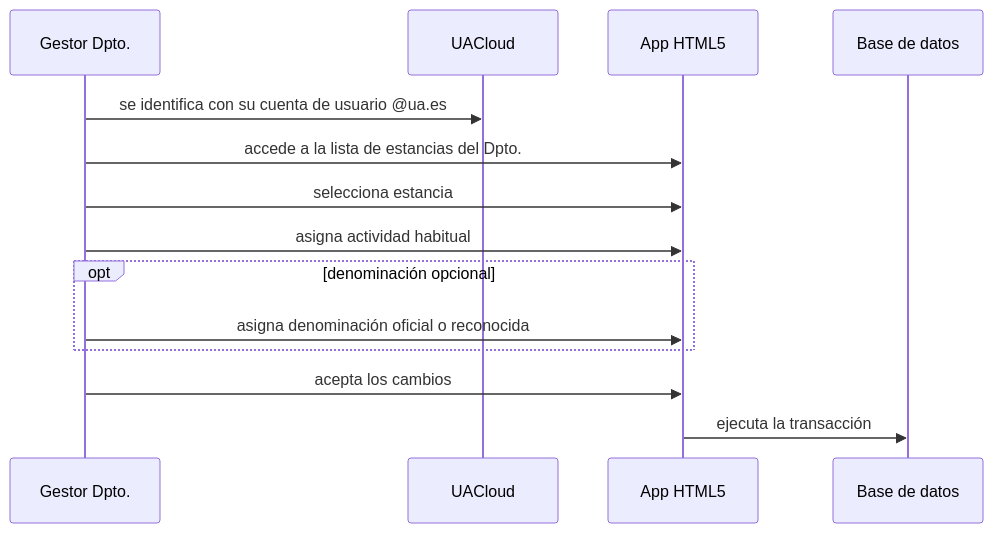
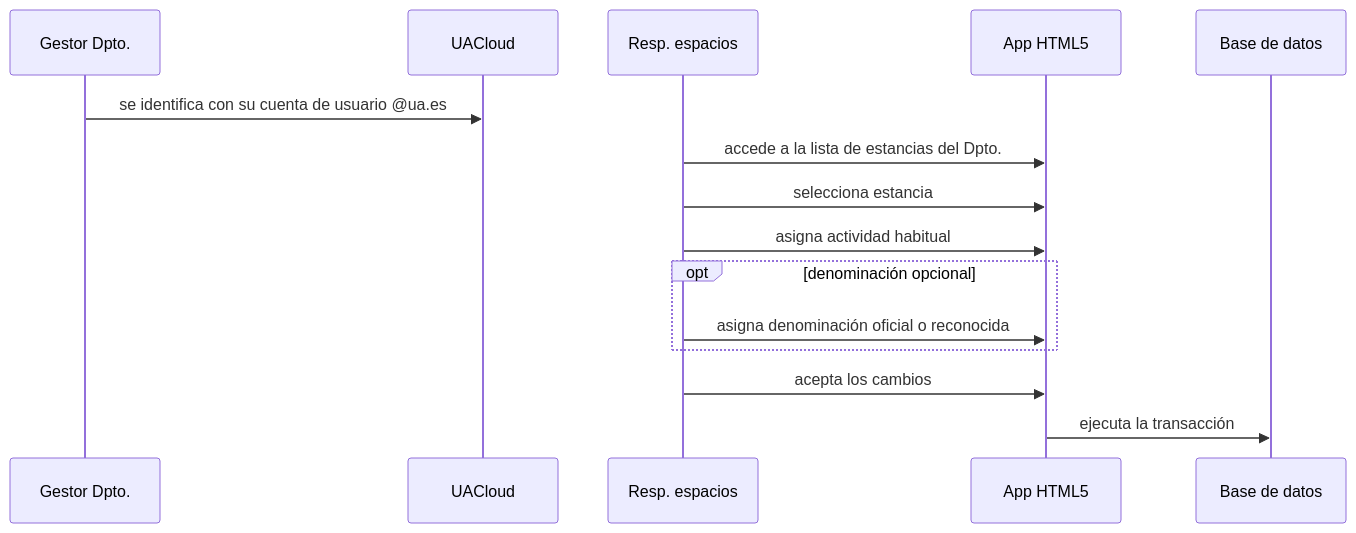
One commit to labgeo/ua-mods changed the diagram in ds03.md. Above: the diagram before and after it, drawn with Mermaid.

```diff
--- a/ds03.md
+++ b/ds03.md
@@ -5,12 +5,12 @@
 {% mermaid %}
 sequenceDiagram;
   Gestor Dpto.->>UACloud: se identifica con su cuenta de usuario @ua.es;
-  Gestor Dpto.->>App HTML5: accede a la lista de estancias del Dpto.;
-  Gestor Dpto.->>App HTML5: selecciona estancia;
-  Gestor Dpto.->>App HTML5: asigna actividad habitual;
+  Resp. espacios->>App HTML5: accede a la lista de estancias del Dpto.;
+  Resp. espacios->>App HTML5: selecciona estancia;
+  Resp. espacios->>App HTML5: asigna actividad habitual;
   opt denominación opcional
-    Gestor Dpto.->>App HTML5: asigna denominación oficial o reconocida;
+    Resp. espacios->>App HTML5: asigna denominación oficial o reconocida;
   end
-  Gestor Dpto.->>App HTML5: acepta los cambios;
+  Resp. espacios->>App HTML5: acepta los cambios;
   App HTML5->>Base de datos: ejecuta la transacción;
 {% endmermaid %}
```
